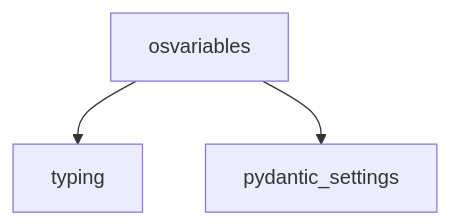
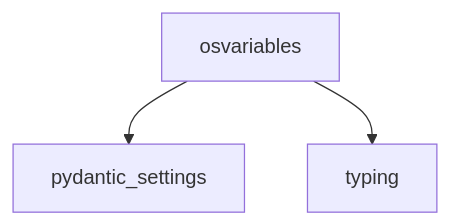
Before and after one commit to lgcorzo/mlops-python-package: the second of 2 diagrams in wiki/osvariables.md, drawn with Mermaid. The commit also changed other lines of this file and 31 other files, not shown here.

````diff
--- a/wiki/osvariables.md
+++ b/wiki/osvariables.md
@@ -33,5 +39,6 @@
 ```mermaid
 flowchart TD
+
+    osvariables --> pydantic_settings
     osvariables --> typing
-    osvariables --> pydantic_settings
 ```
````
